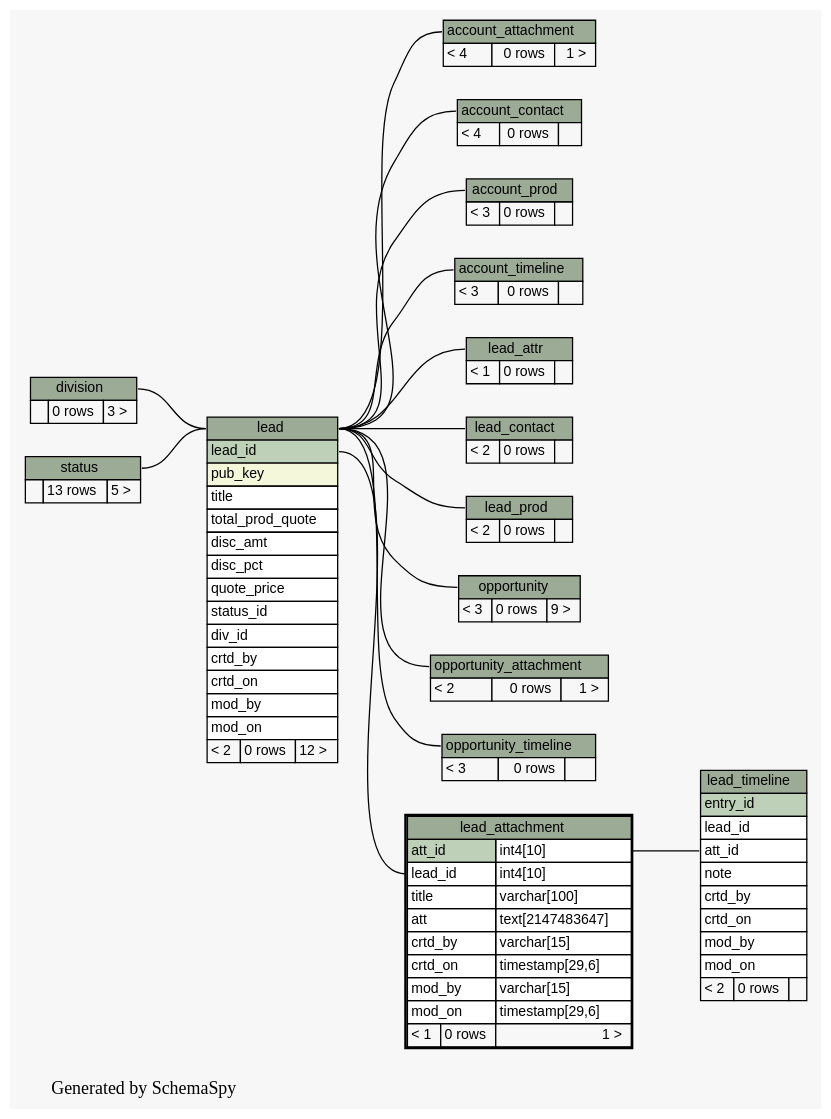
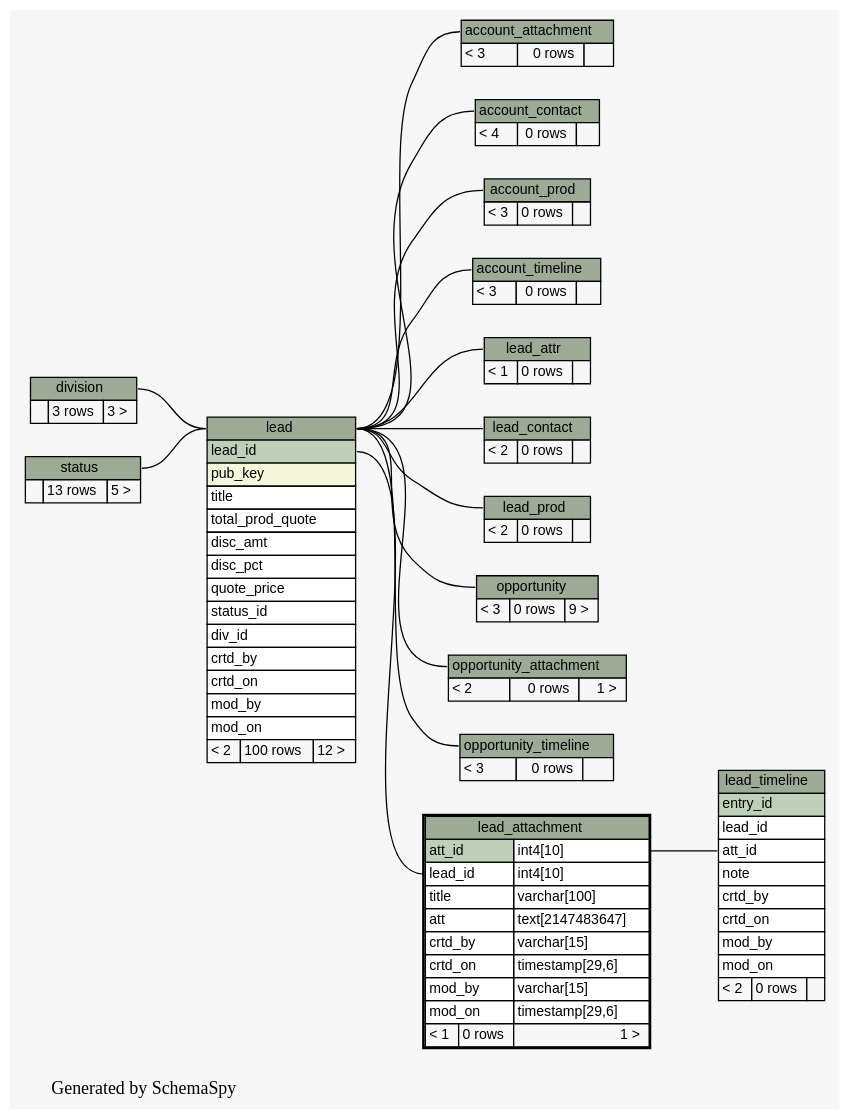
The diagram in docs/database/schemaspy/graphs/lead_attachment.2degrees.dot (engineerscraft/salesforce), drawn with Graphviz before and after one commit. The commit also changed 180 other files, not shown here.

```diff
--- a/docs/database/schemaspy/graphs/lead_attachment.2degrees.dot
+++ b/docs/database/schemaspy/graphs/lead_attachment.2degrees.dot
@@ -1,195 +1,195 @@
 // dot 2.38.0 on Windows 7 6.1
 digraph "twoDegreesRelationshipsGraph" {
   graph [
     rankdir="RL"
     bgcolor="#f7f7f7"
     label="\nGenerated by SchemaSpy"
     labeljust="l"
   ];
   node [
     fontname="Helvetica"
     fontsize="11"
     shape="plaintext"
   ];
   edge [
     arrowsize="0.8"
   ];
   "account_attachment":"account_attachment.heading":w -> "lead":"lead.heading":e [arrowtail=crowodot arrowhead=none];
   "account_contact":"account_contact.heading":w -> "lead":"lead.heading":e [arrowtail=crowtee arrowhead=none];
   "account_prod":"account_prod.heading":w -> "lead":"lead.heading":e [arrowtail=crowtee arrowhead=none];
   "account_timeline":"account_timeline.heading":w -> "lead":"lead.heading":e [arrowtail=crowodot arrowhead=none];
   "lead":"lead.heading":w -> "division":"division.heading":e [arrowtail=crowtee arrowhead=none];
   "lead":"lead.heading":w -> "status":"status.heading":e [arrowtail=crowtee arrowhead=none];
   "lead_attachment":"lead_id":w -> "lead":"lead_id":e [arrowtail=crowtee arrowhead=none];
   "lead_attr":"lead_attr.heading":w -> "lead":"lead.heading":e [arrowtail=tee arrowhead=none];
   "lead_contact":"lead_contact.heading":w -> "lead":"lead.heading":e [arrowtail=crowtee arrowhead=none];
   "lead_prod":"lead_prod.heading":w -> "lead":"lead.heading":e [arrowtail=crowtee arrowhead=none];
   "lead_timeline":"att_id":w -> "lead_attachment":"att_id.type":e [arrowtail=crowodot arrowhead=none];
   "opportunity":"opportunity.heading":w -> "lead":"lead.heading":e [arrowtail=crowodot arrowhead=none];
   "opportunity_attachment":"opportunity_attachment.heading":w -> "lead":"lead.heading":e [arrowtail=crowtee arrowhead=none];
   "opportunity_timeline":"opportunity_timeline.heading":w -> "lead":"lead.heading":e [arrowtail=crowodot arrowhead=none];
   "account_attachment" [
     label=<
     <TABLE BORDER="0" CELLBORDER="1" CELLSPACING="0" BGCOLOR="#ffffff">
       <TR><TD PORT="account_attachment.heading" COLSPAN="3" BGCOLOR="#9bab96" ALIGN="CENTER">account_attachment</TD></TR>
-      <TR><TD ALIGN="LEFT" BGCOLOR="#f7f7f7">&lt; 4</TD><TD ALIGN="RIGHT" BGCOLOR="#f7f7f7">0 rows</TD><TD ALIGN="RIGHT" BGCOLOR="#f7f7f7">1 &gt;</TD></TR>
+      <TR><TD ALIGN="LEFT" BGCOLOR="#f7f7f7">&lt; 3</TD><TD ALIGN="RIGHT" BGCOLOR="#f7f7f7">0 rows</TD><TD ALIGN="RIGHT" BGCOLOR="#f7f7f7">  </TD></TR>
     </TABLE>>
     URL="account_attachment.html#graph"
     tooltip="account_attachment"
   ];
   "account_contact" [
     label=<
     <TABLE BORDER="0" CELLBORDER="1" CELLSPACING="0" BGCOLOR="#ffffff">
       <TR><TD PORT="account_contact.heading" COLSPAN="3" BGCOLOR="#9bab96" ALIGN="CENTER">account_contact</TD></TR>
       <TR><TD ALIGN="LEFT" BGCOLOR="#f7f7f7">&lt; 4</TD><TD ALIGN="RIGHT" BGCOLOR="#f7f7f7">0 rows</TD><TD ALIGN="RIGHT" BGCOLOR="#f7f7f7">  </TD></TR>
     </TABLE>>
     URL="account_contact.html#graph"
     tooltip="account_contact"
   ];
   "account_prod" [
     label=<
     <TABLE BORDER="0" CELLBORDER="1" CELLSPACING="0" BGCOLOR="#ffffff">
       <TR><TD PORT="account_prod.heading" COLSPAN="3" BGCOLOR="#9bab96" ALIGN="CENTER">account_prod</TD></TR>
       <TR><TD ALIGN="LEFT" BGCOLOR="#f7f7f7">&lt; 3</TD><TD ALIGN="RIGHT" BGCOLOR="#f7f7f7">0 rows</TD><TD ALIGN="RIGHT" BGCOLOR="#f7f7f7">  </TD></TR>
     </TABLE>>
     URL="account_prod.html#graph"
     tooltip="account_prod"
   ];
   "account_timeline" [
     label=<
     <TABLE BORDER="0" CELLBORDER="1" CELLSPACING="0" BGCOLOR="#ffffff">
       <TR><TD PORT="account_timeline.heading" COLSPAN="3" BGCOLOR="#9bab96" ALIGN="CENTER">account_timeline</TD></TR>
       <TR><TD ALIGN="LEFT" BGCOLOR="#f7f7f7">&lt; 3</TD><TD ALIGN="RIGHT" BGCOLOR="#f7f7f7">0 rows</TD><TD ALIGN="RIGHT" BGCOLOR="#f7f7f7">  </TD></TR>
     </TABLE>>
     URL="account_timeline.html#graph"
     tooltip="account_timeline"
   ];
   "division" [
     label=<
     <TABLE BORDER="0" CELLBORDER="1" CELLSPACING="0" BGCOLOR="#ffffff">
       <TR><TD PORT="division.heading" COLSPAN="3" BGCOLOR="#9bab96" ALIGN="CENTER">division</TD></TR>
-      <TR><TD ALIGN="LEFT" BGCOLOR="#f7f7f7">  </TD><TD ALIGN="RIGHT" BGCOLOR="#f7f7f7">0 rows</TD><TD ALIGN="RIGHT" BGCOLOR="#f7f7f7">3 &gt;</TD></TR>
+      <TR><TD ALIGN="LEFT" BGCOLOR="#f7f7f7">  </TD><TD ALIGN="RIGHT" BGCOLOR="#f7f7f7">3 rows</TD><TD ALIGN="RIGHT" BGCOLOR="#f7f7f7">3 &gt;</TD></TR>
     </TABLE>>
     URL="division.html#graph"
     tooltip="division"
   ];
   "lead" [
     label=<
     <TABLE BORDER="0" CELLBORDER="1" CELLSPACING="0" BGCOLOR="#ffffff">
       <TR><TD PORT="lead.heading" COLSPAN="3" BGCOLOR="#9bab96" ALIGN="CENTER">lead</TD></TR>
       <TR><TD PORT="lead_id" COLSPAN="3" BGCOLOR="#bed1b8" ALIGN="LEFT">lead_id</TD></TR>
       <TR><TD PORT="pub_key" COLSPAN="3" BGCOLOR="#f4f7da" ALIGN="LEFT">pub_key</TD></TR>
       <TR><TD PORT="title" COLSPAN="3" ALIGN="LEFT">title</TD></TR>
       <TR><TD PORT="total_prod_quote" COLSPAN="3" ALIGN="LEFT">total_prod_quote</TD></TR>
       <TR><TD PORT="disc_amt" COLSPAN="3" ALIGN="LEFT">disc_amt</TD></TR>
       <TR><TD PORT="disc_pct" COLSPAN="3" ALIGN="LEFT">disc_pct</TD></TR>
       <TR><TD PORT="quote_price" COLSPAN="3" ALIGN="LEFT">quote_price</TD></TR>
       <TR><TD PORT="status_id" COLSPAN="3" ALIGN="LEFT">status_id</TD></TR>
       <TR><TD PORT="div_id" COLSPAN="3" ALIGN="LEFT">div_id</TD></TR>
       <TR><TD PORT="crtd_by" COLSPAN="3" ALIGN="LEFT">crtd_by</TD></TR>
       <TR><TD PORT="crtd_on" COLSPAN="3" ALIGN="LEFT">crtd_on</TD></TR>
       <TR><TD PORT="mod_by" COLSPAN="3" ALIGN="LEFT">mod_by</TD></TR>
       <TR><TD PORT="mod_on" COLSPAN="3" ALIGN="LEFT">mod_on</TD></TR>
-      <TR><TD ALIGN="LEFT" BGCOLOR="#f7f7f7">&lt; 2</TD><TD ALIGN="RIGHT" BGCOLOR="#f7f7f7">0 rows</TD><TD ALIGN="RIGHT" BGCOLOR="#f7f7f7">12 &gt;</TD></TR>
+      <TR><TD ALIGN="LEFT" BGCOLOR="#f7f7f7">&lt; 2</TD><TD ALIGN="RIGHT" BGCOLOR="#f7f7f7">100 rows</TD><TD ALIGN="RIGHT" BGCOLOR="#f7f7f7">12 &gt;</TD></TR>
     </TABLE>>
     URL="lead.html#graph"
     tooltip="lead"
   ];
   "lead_attachment" [
     label=<
     <TABLE BORDER="2" CELLBORDER="1" CELLSPACING="0" BGCOLOR="#ffffff">
       <TR><TD PORT="lead_attachment.heading" COLSPAN="3" BGCOLOR="#9bab96" ALIGN="CENTER">lead_attachment</TD></TR>
       <TR><TD PORT="att_id" COLSPAN="2" BGCOLOR="#bed1b8" ALIGN="LEFT">att_id</TD><TD PORT="att_id.type" ALIGN="LEFT">int4[10]</TD></TR>
       <TR><TD PORT="lead_id" COLSPAN="2" ALIGN="LEFT">lead_id</TD><TD PORT="lead_id.type" ALIGN="LEFT">int4[10]</TD></TR>
       <TR><TD PORT="title" COLSPAN="2" ALIGN="LEFT">title</TD><TD PORT="title.type" ALIGN="LEFT">varchar[100]</TD></TR>
       <TR><TD PORT="att" COLSPAN="2" ALIGN="LEFT">att</TD><TD PORT="att.type" ALIGN="LEFT">text[2147483647]</TD></TR>
       <TR><TD PORT="crtd_by" COLSPAN="2" ALIGN="LEFT">crtd_by</TD><TD PORT="crtd_by.type" ALIGN="LEFT">varchar[15]</TD></TR>
       <TR><TD PORT="crtd_on" COLSPAN="2" ALIGN="LEFT">crtd_on</TD><TD PORT="crtd_on.type" ALIGN="LEFT">timestamp[29,6]</TD></TR>
       <TR><TD PORT="mod_by" COLSPAN="2" ALIGN="LEFT">mod_by</TD><TD PORT="mod_by.type" ALIGN="LEFT">varchar[15]</TD></TR>
       <TR><TD PORT="mod_on" COLSPAN="2" ALIGN="LEFT">mod_on</TD><TD PORT="mod_on.type" ALIGN="LEFT">timestamp[29,6]</TD></TR>
       <TR><TD ALIGN="LEFT" BGCOLOR="#f7f7f7">&lt; 1</TD><TD ALIGN="RIGHT" BGCOLOR="#f7f7f7">0 rows</TD><TD ALIGN="RIGHT" BGCOLOR="#f7f7f7">1 &gt;</TD></TR>
     </TABLE>>
     URL="lead_attachment.html#"
     tooltip="lead_attachment"
   ];
   "lead_attr" [
     label=<
     <TABLE BORDER="0" CELLBORDER="1" CELLSPACING="0" BGCOLOR="#ffffff">
       <TR><TD PORT="lead_attr.heading" COLSPAN="3" BGCOLOR="#9bab96" ALIGN="CENTER">lead_attr</TD></TR>
       <TR><TD ALIGN="LEFT" BGCOLOR="#f7f7f7">&lt; 1</TD><TD ALIGN="RIGHT" BGCOLOR="#f7f7f7">0 rows</TD><TD ALIGN="RIGHT" BGCOLOR="#f7f7f7">  </TD></TR>
     </TABLE>>
     URL="lead_attr.html#graph"
     tooltip="lead_attr"
   ];
   "lead_contact" [
     label=<
     <TABLE BORDER="0" CELLBORDER="1" CELLSPACING="0" BGCOLOR="#ffffff">
       <TR><TD PORT="lead_contact.heading" COLSPAN="3" BGCOLOR="#9bab96" ALIGN="CENTER">lead_contact</TD></TR>
       <TR><TD ALIGN="LEFT" BGCOLOR="#f7f7f7">&lt; 2</TD><TD ALIGN="RIGHT" BGCOLOR="#f7f7f7">0 rows</TD><TD ALIGN="RIGHT" BGCOLOR="#f7f7f7">  </TD></TR>
     </TABLE>>
     URL="lead_contact.html#graph"
     tooltip="lead_contact"
   ];
   "lead_prod" [
     label=<
     <TABLE BORDER="0" CELLBORDER="1" CELLSPACING="0" BGCOLOR="#ffffff">
       <TR><TD PORT="lead_prod.heading" COLSPAN="3" BGCOLOR="#9bab96" ALIGN="CENTER">lead_prod</TD></TR>
       <TR><TD ALIGN="LEFT" BGCOLOR="#f7f7f7">&lt; 2</TD><TD ALIGN="RIGHT" BGCOLOR="#f7f7f7">0 rows</TD><TD ALIGN="RIGHT" BGCOLOR="#f7f7f7">  </TD></TR>
     </TABLE>>
     URL="lead_prod.html#graph"
     tooltip="lead_prod"
   ];
   "lead_timeline" [
     label=<
     <TABLE BORDER="0" CELLBORDER="1" CELLSPACING="0" BGCOLOR="#ffffff">
       <TR><TD PORT="lead_timeline.heading" COLSPAN="3" BGCOLOR="#9bab96" ALIGN="CENTER">lead_timeline</TD></TR>
       <TR><TD PORT="entry_id" COLSPAN="3" BGCOLOR="#bed1b8" ALIGN="LEFT">entry_id</TD></TR>
       <TR><TD PORT="lead_id" COLSPAN="3" ALIGN="LEFT">lead_id</TD></TR>
       <TR><TD PORT="att_id" COLSPAN="3" ALIGN="LEFT">att_id</TD></TR>
       <TR><TD PORT="note" COLSPAN="3" ALIGN="LEFT">note</TD></TR>
       <TR><TD PORT="crtd_by" COLSPAN="3" ALIGN="LEFT">crtd_by</TD></TR>
       <TR><TD PORT="crtd_on" COLSPAN="3" ALIGN="LEFT">crtd_on</TD></TR>
       <TR><TD PORT="mod_by" COLSPAN="3" ALIGN="LEFT">mod_by</TD></TR>
       <TR><TD PORT="mod_on" COLSPAN="3" ALIGN="LEFT">mod_on</TD></TR>
       <TR><TD ALIGN="LEFT" BGCOLOR="#f7f7f7">&lt; 2</TD><TD ALIGN="RIGHT" BGCOLOR="#f7f7f7">0 rows</TD><TD ALIGN="RIGHT" BGCOLOR="#f7f7f7">  </TD></TR>
     </TABLE>>
     URL="lead_timeline.html#graph"
     tooltip="lead_timeline"
   ];
   "opportunity" [
     label=<
     <TABLE BORDER="0" CELLBORDER="1" CELLSPACING="0" BGCOLOR="#ffffff">
       <TR><TD PORT="opportunity.heading" COLSPAN="3" BGCOLOR="#9bab96" ALIGN="CENTER">opportunity</TD></TR>
       <TR><TD ALIGN="LEFT" BGCOLOR="#f7f7f7">&lt; 3</TD><TD ALIGN="RIGHT" BGCOLOR="#f7f7f7">0 rows</TD><TD ALIGN="RIGHT" BGCOLOR="#f7f7f7">9 &gt;</TD></TR>
     </TABLE>>
     URL="opportunity.html#graph"
     tooltip="opportunity"
   ];
   "opportunity_attachment" [
     label=<
     <TABLE BORDER="0" CELLBORDER="1" CELLSPACING="0" BGCOLOR="#ffffff">
       <TR><TD PORT="opportunity_attachment.heading" COLSPAN="3" BGCOLOR="#9bab96" ALIGN="CENTER">opportunity_attachment</TD></TR>
       <TR><TD ALIGN="LEFT" BGCOLOR="#f7f7f7">&lt; 2</TD><TD ALIGN="RIGHT" BGCOLOR="#f7f7f7">0 rows</TD><TD ALIGN="RIGHT" BGCOLOR="#f7f7f7">1 &gt;</TD></TR>
     </TABLE>>
     URL="opportunity_attachment.html#graph"
     tooltip="opportunity_attachment"
   ];
   "opportunity_timeline" [
     label=<
     <TABLE BORDER="0" CELLBORDER="1" CELLSPACING="0" BGCOLOR="#ffffff">
       <TR><TD PORT="opportunity_timeline.heading" COLSPAN="3" BGCOLOR="#9bab96" ALIGN="CENTER">opportunity_timeline</TD></TR>
       <TR><TD ALIGN="LEFT" BGCOLOR="#f7f7f7">&lt; 3</TD><TD ALIGN="RIGHT" BGCOLOR="#f7f7f7">0 rows</TD><TD ALIGN="RIGHT" BGCOLOR="#f7f7f7">  </TD></TR>
     </TABLE>>
     URL="opportunity_timeline.html#graph"
     tooltip="opportunity_timeline"
   ];
   "status" [
     label=<
     <TABLE BORDER="0" CELLBORDER="1" CELLSPACING="0" BGCOLOR="#ffffff">
       <TR><TD PORT="status.heading" COLSPAN="3" BGCOLOR="#9bab96" ALIGN="CENTER">status</TD></TR>
       <TR><TD ALIGN="LEFT" BGCOLOR="#f7f7f7">  </TD><TD ALIGN="RIGHT" BGCOLOR="#f7f7f7">13 rows</TD><TD ALIGN="RIGHT" BGCOLOR="#f7f7f7">5 &gt;</TD></TR>
     </TABLE>>
     URL="status.html#graph"
     tooltip="status"
   ];
 }
```
